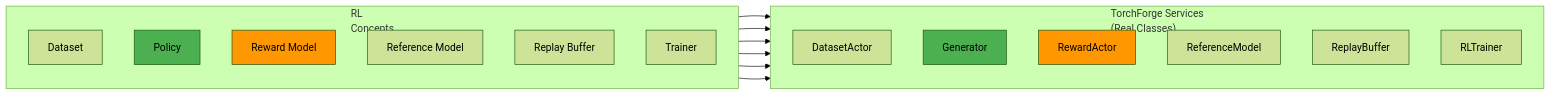
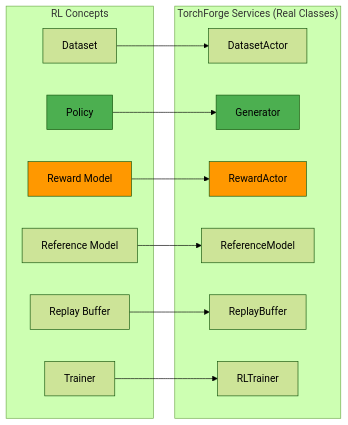
The second of 3 diagrams in docs/source/tutorial_sources/zero-to-forge/1_RL_and_Forge_Fundamentals.md (meta-pytorch/torchforge), drawn with Mermaid (forest theme) before and after one commit.

````diff
--- a/docs/source/tutorial_sources/zero-to-forge/1_RL_and_Forge_Fundamentals.md
+++ b/docs/source/tutorial_sources/zero-to-forge/1_RL_and_Forge_Fundamentals.md
@@ -80,36 +80,34 @@
 ```mermaid
 graph LR
-    subgraph Concepts["RL
-    Concepts"]
-        direction TB
+    subgraph Concepts["RL Concepts"]
+
         C1["Dataset"]
         C2["Policy"]
         C3["Reward Model"]
         C4["Reference Model"]
         C5["Replay Buffer"]
         C6["Trainer"]
     end
 
-    subgraph Services["TorchForge Services
-    (Real Classes)"]
-        direction TB
+    subgraph Services["TorchForge Services (Real Classes)"]
+
         S1["DatasetActor"]
         S2["Generator"]
         S3["RewardActor"]
         S4["ReferenceModel"]
         S5["ReplayBuffer"]
         S6["RLTrainer"]
     end
 
     C1 --> S1
     C2 --> S2
     C3 --> S3
     C4 --> S4
     C5 --> S5
     C6 --> S6
 
     style C2 fill:#4CAF50
     style S2 fill:#4CAF50
     style C3 fill:#FF9800
     style S3 fill:#FF9800
 ```
````
